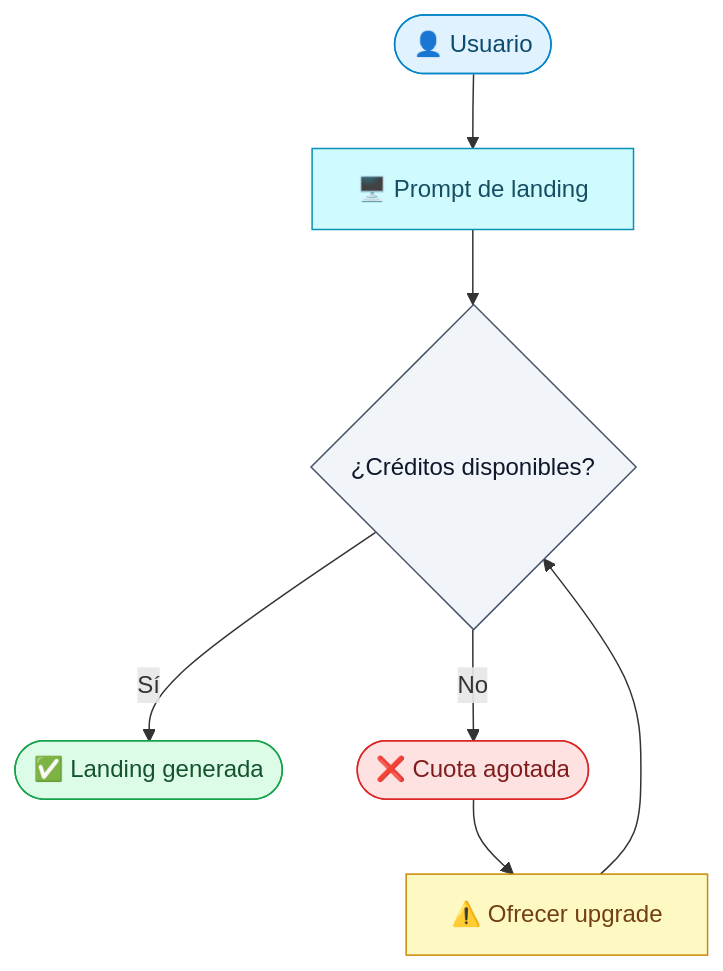
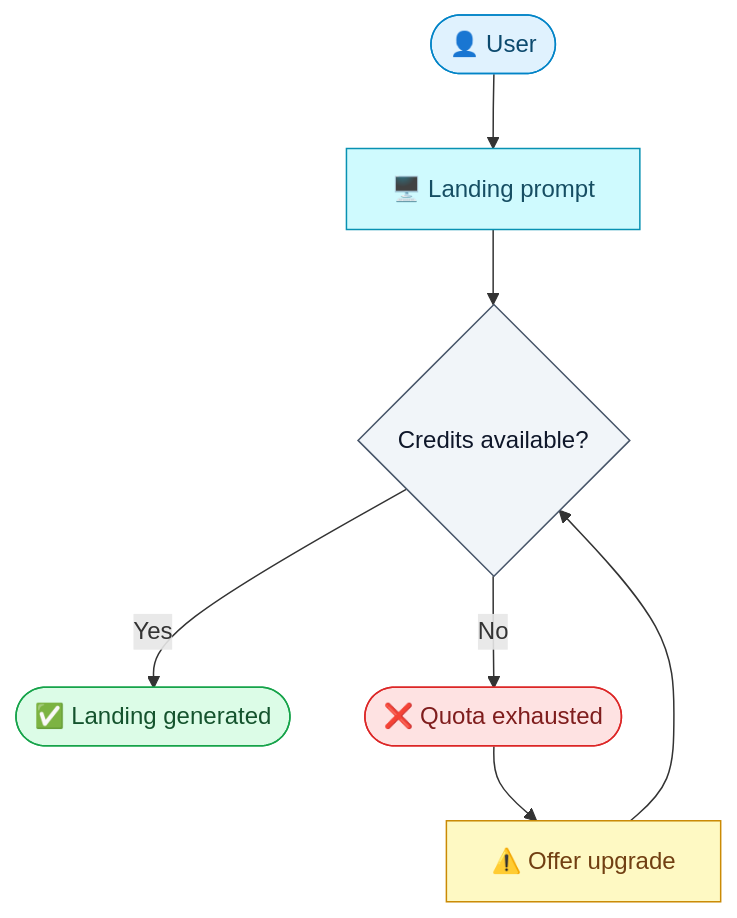
Before and after one commit to samosunaz/agent-skills: the second of 5 diagrams in plugins/samuel/reference/mermaid-style.md, drawn with Mermaid. The commit also changed other lines of this file and 19 other files, not shown here.

````diff
--- a/plugins/samuel/reference/mermaid-style.md
+++ b/plugins/samuel/reference/mermaid-style.md
@@ -109,15 +109,15 @@
 ```mermaid
 flowchart TD
-    U([👤 Usuario]):::actor --> P[🖥️ Prompt de landing]:::ui
-    P --> D{¿Créditos disponibles?}:::decision
-    D -->|Sí| OK([✅ Landing generada]):::ok
-    D -->|No| F([❌ Cuota agotada]):::fail
-    F --> R[⚠️ Ofrecer upgrade]:::warn
+    U([👤 User]):::actor --> P[🖥️ Landing prompt]:::ui
+    P --> D{Credits available?}:::decision
+    D -->|Yes| OK([✅ Landing generated]):::ok
+    D -->|No| F([❌ Quota exhausted]):::fail
+    F --> R[⚠️ Offer upgrade]:::warn
     R --> D
     classDef actor fill:#e0f2fe,stroke:#0284c7,color:#0c4a6e
     classDef ui fill:#cffafe,stroke:#0891b2,color:#164e63
     classDef decision fill:#f1f5f9,stroke:#475569,color:#0f172a
     classDef ok fill:#dcfce7,stroke:#16a34a,color:#14532d
     classDef fail fill:#fee2e2,stroke:#dc2626,color:#7f1d1d
     classDef warn fill:#fef9c3,stroke:#ca8a04,color:#713f12
 ```
````
